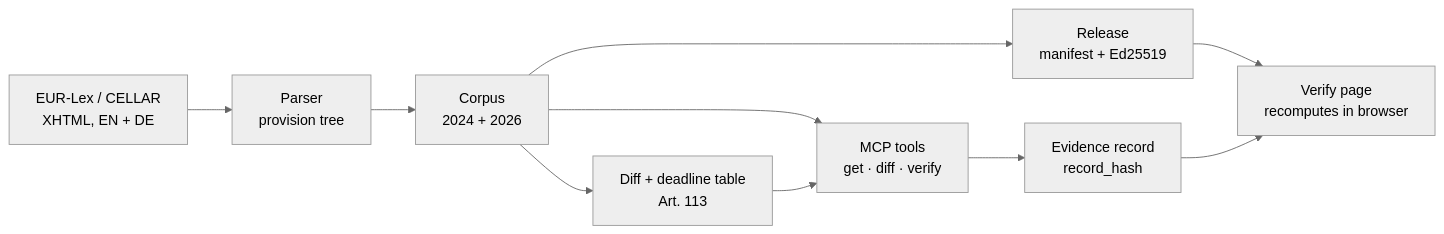
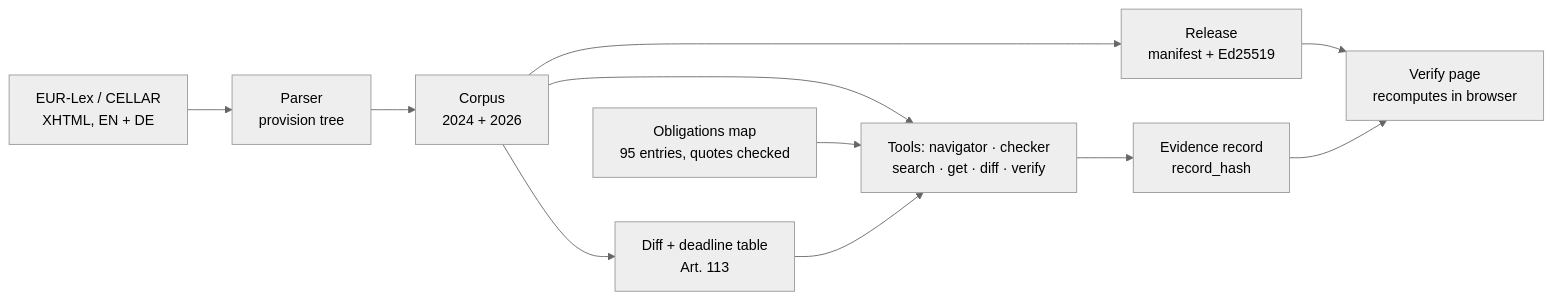
Before and after one commit to altanziya/eu-ai-act-mcp: the diagram in README.md, drawn with Mermaid (neutral theme). The commit also changed other lines of this file, not shown here.

Commit message:
docs(readme): describe the workbench workflows, six tools and the 45-case evaluation

````diff
--- a/README.md
+++ b/README.md
@@ -75,12 +77,13 @@
 ```mermaid
 flowchart LR
     A[EUR-Lex / CELLAR<br/>XHTML, EN + DE] --> B[Parser<br/>provision tree]
     B --> C[Corpus<br/>2024 + 2026]
     C --> D[Diff + deadline table<br/>Art. 113]
-    C --> E[MCP tools<br/>get · diff · verify]
+    C --> E[Tools: navigator · checker<br/>search · get · diff · verify]
+    O[Obligations map<br/>95 entries, quotes checked] --> E
     D --> E
     C --> F[Release<br/>manifest + Ed25519]
     E --> G[Evidence record<br/>record_hash]
     F --> H[Verify page<br/>recomputes in browser]
     G --> H
 ```
````
